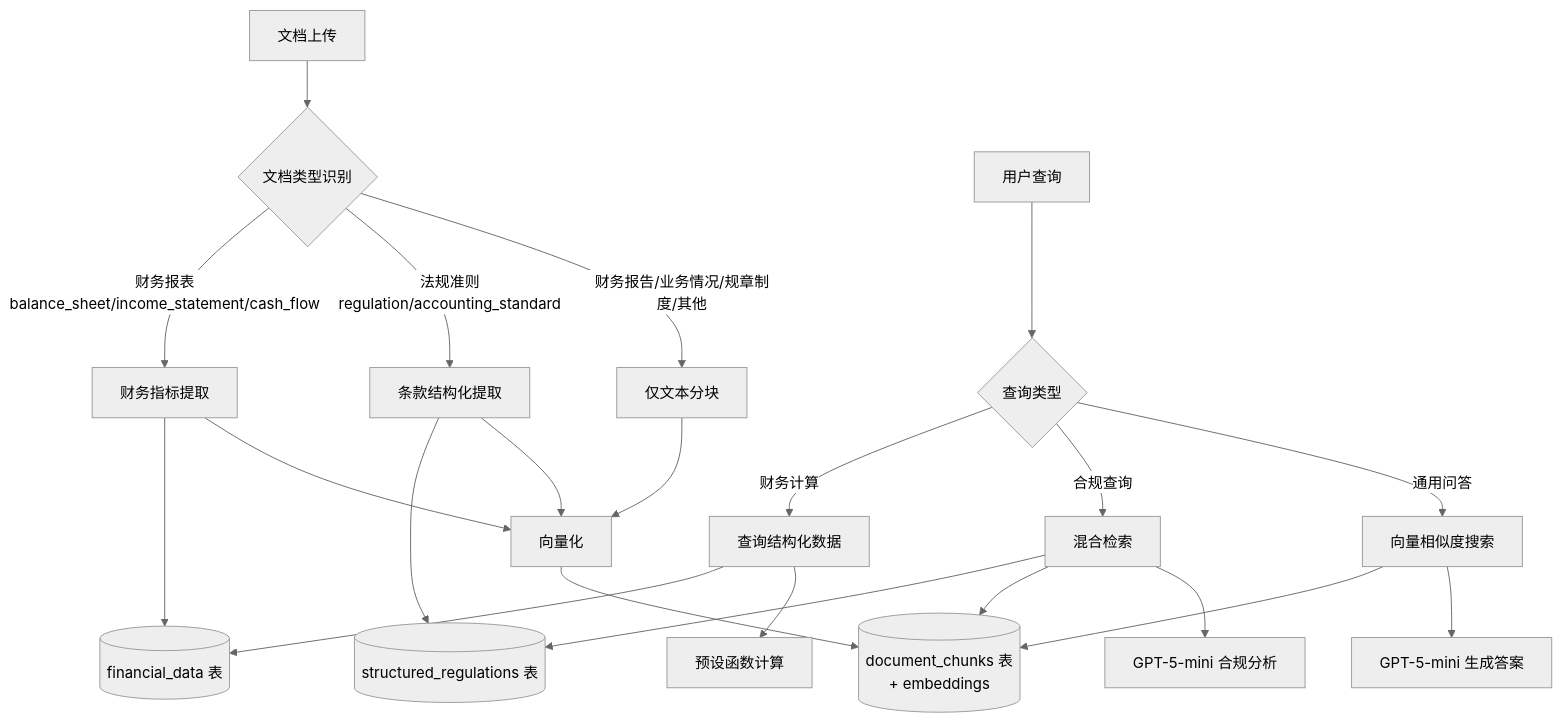
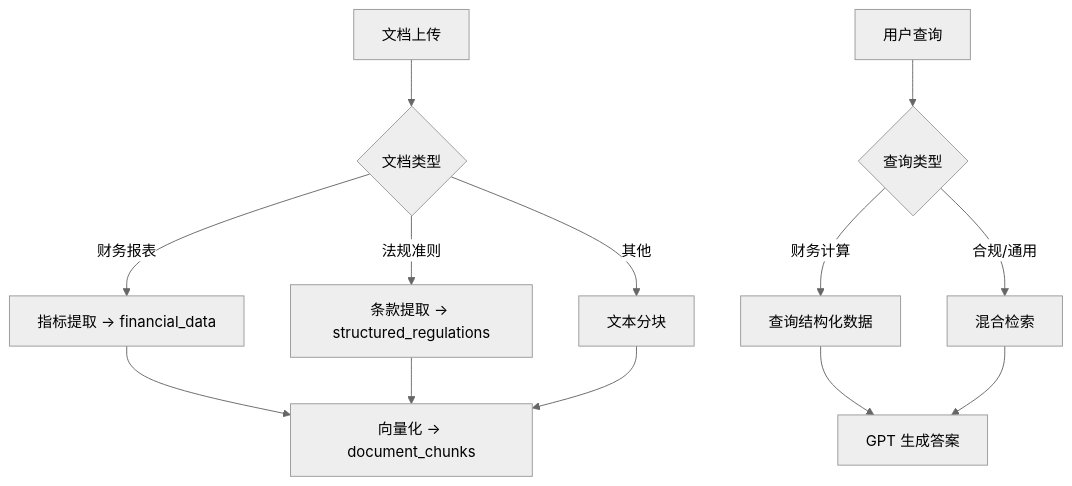
Before and after one commit to antelacus/project-goodman: the diagram in README.md, drawn with Mermaid (neutral theme). The commit also changed other lines of this file and 53 other files, not shown here.

````diff
--- a/README.md
+++ b/README.md
@@ -106,30 +40,13 @@
 ```mermaid
 graph TB
-  A[文档上传] --> B{文档类型识别}
+  A[文档上传] --> B{文档类型}
+  B -->|财务报表| C[指标提取 → financial_data]
+  B -->|法规准则| D[条款提取 → structured_regulations]
+  B -->|其他| E[文本分块]
+  C & D & E --> F[向量化 → document_chunks]
 
-  B -->|财务报表<br/>balance_sheet/income_statement/cash_flow| C[财务指标提取]
-  B -->|法规准则<br/>regulation/accounting_standard| D[条款结构化提取]
-  B -->|财务报告/业务情况/规章制度/其他| E[仅文本分块]
-
-  C --> F[(financial_data 表)]
-  D --> G[(structured_regulations 表)]
-
-  C --> H[向量化]
-  D --> H
-  E --> H
-  H --> I[(document_chunks 表<br/>+ embeddings)]
-
-  J[用户查询] --> K{查询类型}
-  K -->|财务计算| L[查询结构化数据]
-  K -->|合规查询| M[混合检索]
-  K -->|通用问答| N[向量相似度搜索]
-
-  L --> F
-  M --> G
-  M --> I
-  N --> I
-
-  L --> O[预设函数计算]
-  M --> P[GPT-5-mini 合规分析]
-  N --> Q[GPT-5-mini 生成答案]
+  G[用户查询] --> H{查询类型}
+  H -->|财务计算| I[查询结构化数据]
+  H -->|合规/通用| J[混合检索]
+  I & J --> K[GPT 生成答案]
 ```
````
